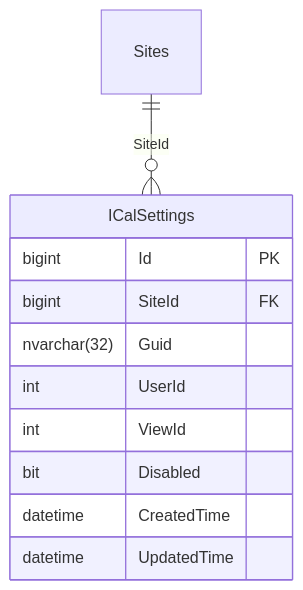
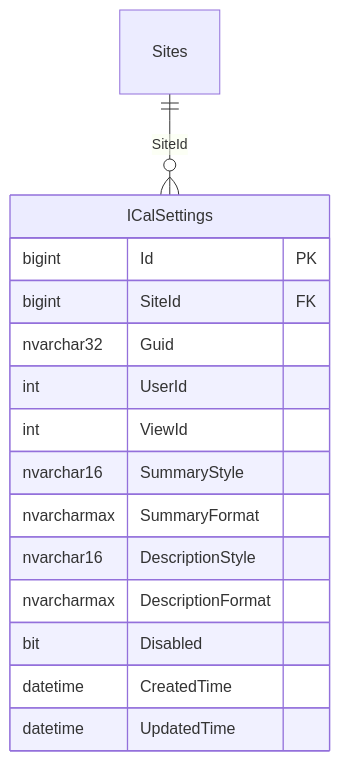
The second of 7 diagrams in docs/research/03-データ操作・API/006-iCalインターフェース設計.md (vehiclevisionjp/VehicleVision.Pleasanter.ResearchDocuments), drawn with Mermaid before and after one commit. The commit also changed other lines of this file and 1 other file, not shown here.

Commit message:
docs: VEVENT SUMMARY/DESCRIPTIONの標準・カスタムスタイル設計を追加

````diff
--- a/docs/research/03-データ操作・API/006-iCalインターフェース設計.md
+++ b/docs/research/03-データ操作・API/006-iCalインターフェース設計.md
@@ -191,14 +197,18 @@
 ```mermaid
 erDiagram
     Sites ||--o{ ICalSettings : "SiteId"
     ICalSettings {
-        bigint  Id          PK
-        bigint  SiteId      FK
-        nvarchar(32) Guid
-        int     UserId
-        int     ViewId
-        bit     Disabled
+        bigint Id PK
+        bigint SiteId FK
+        nvarchar32 Guid
+        int UserId
+        int ViewId
+        nvarchar16 SummaryStyle
+        nvarcharmax SummaryFormat
+        nvarchar16 DescriptionStyle
+        nvarcharmax DescriptionFormat
+        bit Disabled
         datetime CreatedTime
         datetime UpdatedTime
     }
 ```
````
